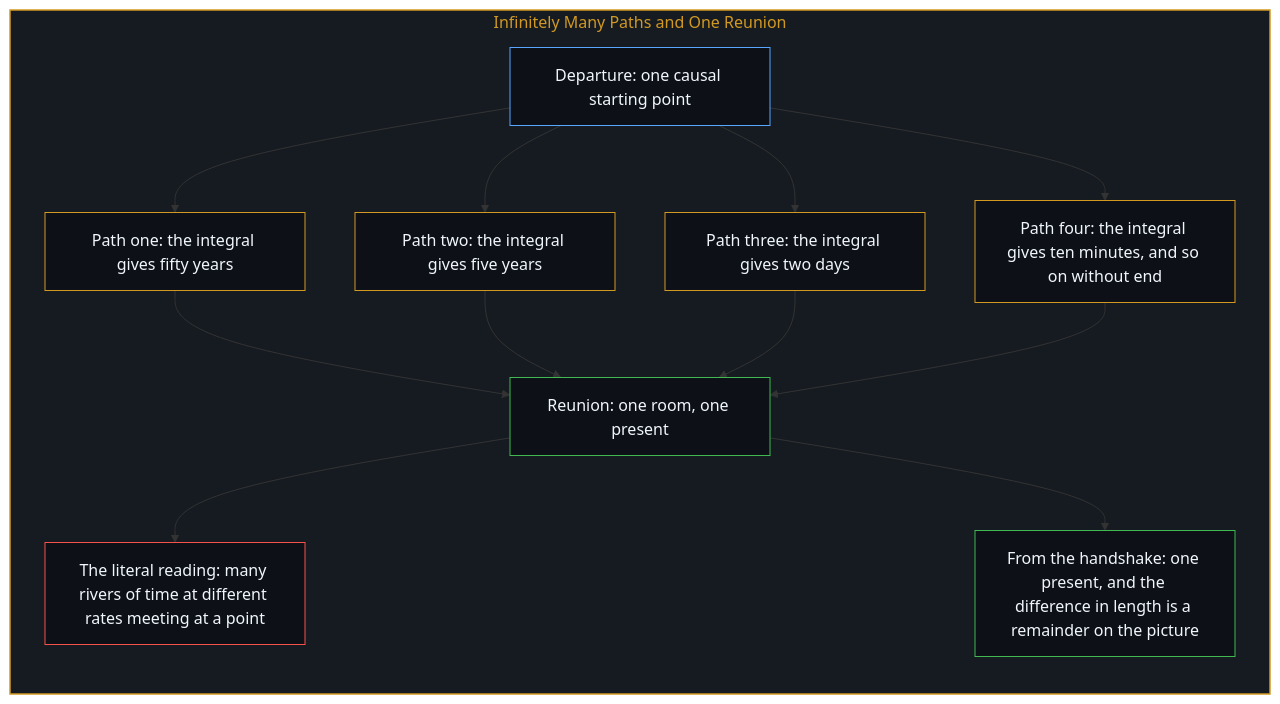
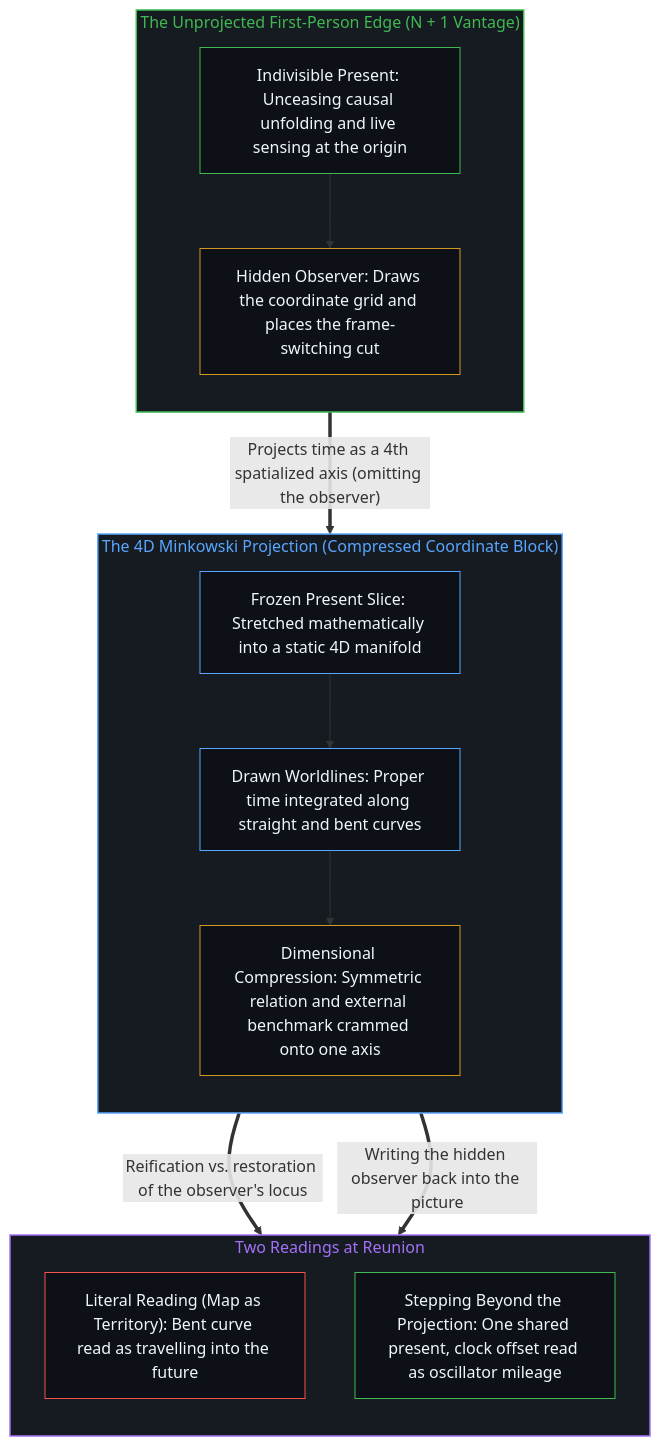
The second of 2 diagrams in content/posts/the-twin-paradox-and-the-hidden-observer.md (powerpig99/not-a-toe), drawn with Mermaid before and after one commit. The commit also changed other lines of this file and 1 other file, not shown here.

Commit message:
Refine L2 #90: the-twin-paradox-and-the-hidden-observer (Deep Sleep Wave 3)

````diff
--- a/content/posts/the-twin-paradox-and-the-hidden-observer.md
+++ b/content/posts/the-twin-paradox-and-the-hidden-observer.md
@@ -466,34 +99,39 @@
 ```mermaid
 flowchart TD
-    subgraph S_Paths["Infinitely Many Paths and One Reunion"]
+    subgraph S_Edge["The Unprojected First-Person Edge (N + 1 Vantage)"]
         direction TB
-        Origin["Departure: one causal starting point"]
-        PathOne["Path one: the integral gives fifty years"]
-        PathTwo["Path two: the integral gives five years"]
-        PathThree["Path three: the integral gives two days"]
-        PathMore["Path four: the integral gives ten minutes, and so on without end"]
-        Room["Reunion: one room, one present"]
-        Rivers["The literal reading: many rivers of time at different rates meeting at a point"]
-        Rem["From the handshake: one present, and the difference in length is a remainder on the picture"]
-        Origin --> PathOne
-        Origin --> PathTwo
-        Origin --> PathThree
-        Origin --> PathMore
-        PathOne --> Room
-        PathTwo --> Room
-        PathThree --> Room
-        PathMore --> Room
-        Room --> Rivers
-        Room --> Rem
+        E_Now["Indivisible Present: Unceasing causal unfolding and live sensing at the origin"]
+        E_Cut["Hidden Observer: Draws the coordinate grid and places the frame-switching cut"]
+        E_Now --> E_Cut
     end
 
-    style S_Paths fill:#161b22,stroke:#d29922,stroke-width:1.5px,color:#d29922
-    style Origin fill:#0d1117,stroke:#58a6ff,stroke-width:1px,color:#f0f6fc
-    style PathOne fill:#0d1117,stroke:#d29922,stroke-width:1px,color:#f0f6fc
-    style PathTwo fill:#0d1117,stroke:#d29922,stroke-width:1px,color:#f0f6fc
-    style PathThree fill:#0d1117,stroke:#d29922,stroke-width:1px,color:#f0f6fc
-    style PathMore fill:#0d1117,stroke:#d29922,stroke-width:1px,color:#f0f6fc
-    style Room fill:#0d1117,stroke:#3fb950,stroke-width:1px,color:#f0f6fc
-    style Rivers fill:#0d1117,stroke:#f85149,stroke-width:1px,color:#f0f6fc
-    style Rem fill:#0d1117,stroke:#3fb950,stroke-width:1px,color:#f0f6fc
+    subgraph S_Block["The 4D Minkowski Projection (Compressed Coordinate Block)"]
+        direction TB
+        B_Freeze["Frozen Present Slice: Stretched mathematically into a static 4D manifold"]
+        B_Lines["Drawn Worldlines: Proper time integrated along straight and bent curves"]
+        B_Clash["Dimensional Compression: Symmetric relation and external benchmark crammed onto one axis"]
+        B_Freeze --> B_Lines
+        B_Lines --> B_Clash
+    end
+
+    subgraph S_Read["Two Readings at Reunion"]
+        direction TB
+        R_Paradox["Literal Reading (Map as Territory): Bent curve read as travelling into the future"]
+        R_Dissolve["Stepping Beyond the Projection: One shared present, clock offset read as oscillator mileage"]
+    end
+
+    E_Cut ==>|"Projects time as a 4th spatialized axis (omitting the observer)"| B_Freeze
+    B_Clash ==>|"Reification vs. restoration of the observer's locus"| R_Paradox
+    B_Clash ==>|"Writing the hidden observer back into the picture"| R_Dissolve
+
+    style S_Edge fill:#161b22,stroke:#3fb950,stroke-width:1.5px,color:#3fb950
+    style S_Block fill:#161b22,stroke:#58a6ff,stroke-width:1.5px,color:#58a6ff
+    style S_Read fill:#161b22,stroke:#a371f7,stroke-width:1.5px,color:#a371f7
+    style E_Now fill:#0d1117,stroke:#3fb950,stroke-width:1px,color:#f0f6fc
+    style E_Cut fill:#0d1117,stroke:#d29922,stroke-width:1px,color:#f0f6fc
+    style B_Freeze fill:#0d1117,stroke:#58a6ff,stroke-width:1px,color:#f0f6fc
+    style B_Lines fill:#0d1117,stroke:#58a6ff,stroke-width:1px,color:#f0f6fc
+    style B_Clash fill:#0d1117,stroke:#d29922,stroke-width:1px,color:#f0f6fc
+    style R_Paradox fill:#0d1117,stroke:#f85149,stroke-width:1px,color:#f0f6fc
+    style R_Dissolve fill:#0d1117,stroke:#3fb950,stroke-width:1px,color:#f0f6fc
 ```
````
